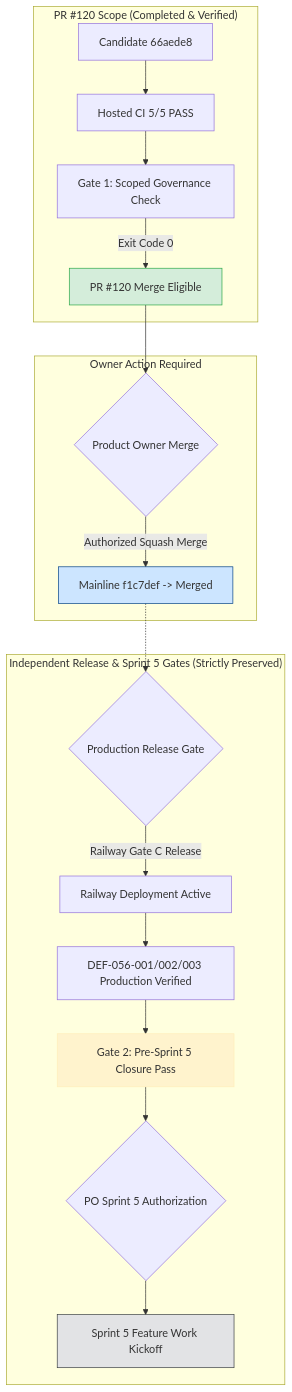
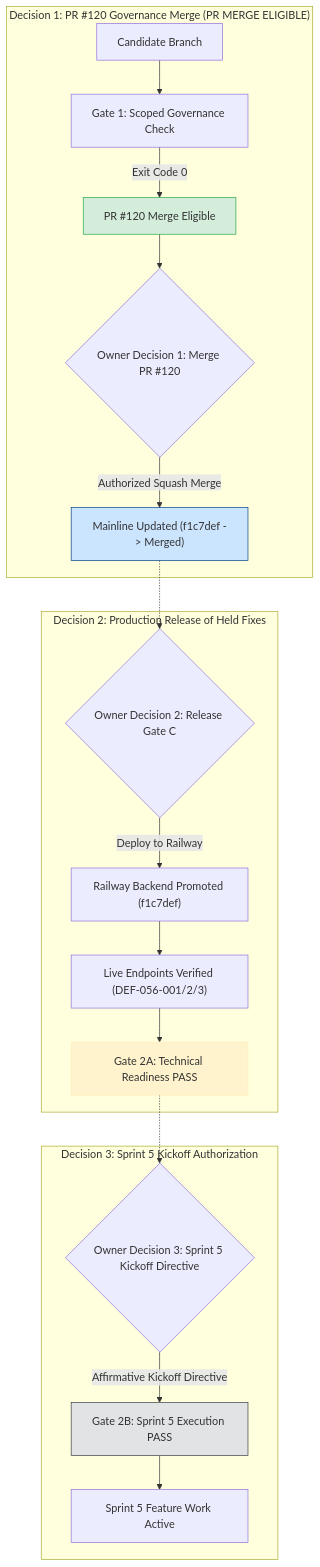
The diagram in docs/planning/ARX_060_OWNER_MERGE_DECISION_PACKAGE.md (daakara/finance), drawn with Mermaid before and after one commit. The commit also changed other lines of this file and 5 other files, not shown here.

Commit message:
feat(governance): transition state correction, decoupled multi-gate validation, and test expansion (#120)

````diff
--- a/docs/planning/ARX_060_OWNER_MERGE_DECISION_PACKAGE.md
+++ b/docs/planning/ARX_060_OWNER_MERGE_DECISION_PACKAGE.md
@@ -39,27 +36,27 @@
 ```mermaid
 flowchart TD
-    subgraph "PR #120 Scope (Completed & Verified)"
-        G1[Candidate 66aede8] --> CI[Hosted CI 5/5 PASS]
-        CI --> V1[Gate 1: Scoped Governance Check]
-        V1 -->|Exit Code 0| ELIGIBLE[PR #120 Merge Eligible]
+    subgraph "Decision 1: PR #120 Governance Merge (PR MERGE ELIGIBLE)"
+        CAND["Candidate Branch"] --> G1["Gate 1: Scoped Governance Check"]
+        G1 -->|Exit Code 0| ELIGIBLE["PR #120 Merge Eligible"]
+        ELIGIBLE --> D1{"Owner Decision 1: Merge PR #120"}
+        D1 -->|Authorized Squash Merge| MAIN["Mainline Updated (f1c7def -> Merged)"]
     end
 
-    subgraph "Owner Action Required"
-        ELIGIBLE --> OWNER_MERGE{Product Owner Merge}
-        OWNER_MERGE -->|Authorized Squash Merge| MAIN[Mainline f1c7def -> Merged]
+    subgraph "Decision 2: Production Release of Held Fixes"
+        MAIN -.-> D2{"Owner Decision 2: Release Gate C"}
+        D2 -->|Deploy to Railway| PROD_BACKEND["Railway Backend Promoted (f1c7def)"]
+        PROD_BACKEND --> LIVE_VERIFY["Live Endpoints Verified (DEF-056-001/2/3)"]
+        LIVE_VERIFY --> G2A["Gate 2A: Technical Readiness PASS"]
     end
 
-    subgraph "Independent Release & Sprint 5 Gates (Strictly Preserved)"
-        MAIN -.-> DEPLOY_GATE{Production Release Gate}
-        DEPLOY_GATE -->|Railway Gate C Release| PROD_BACKEND[Railway Deployment Active]
-        PROD_BACKEND --> DEF_RESOLVED[DEF-056-001/002/003 Production Verified]
-        DEF_RESOLVED --> GATE2[Gate 2: Pre-Sprint 5 Closure Pass]
-        GATE2 --> OWNER_KICKOFF{PO Sprint 5 Authorization}
-        OWNER_KICKOFF --> S5_ACTIVE[Sprint 5 Feature Work Kickoff]
+    subgraph "Decision 3: Sprint 5 Kickoff Authorization"
+        G2A -.-> D3{"Owner Decision 3: Sprint 5 Kickoff Directive"}
+        D3 -->|Affirmative Kickoff Directive| G2B["Gate 2B: Sprint 5 Execution PASS"]
+        G2B --> S5_ACTIVE["Sprint 5 Feature Work Active"]
     end
 
     style ELIGIBLE fill:#d4edda,stroke:#28a745
     style MAIN fill:#cce5ff,stroke:#004085
-    style GATE2 fill:#fff3cd,stroke:#ffeeba
-    style S5_ACTIVE fill:#e2e3e5,stroke:#383d41
+    style G2A fill:#fff3cd,stroke:#ffeeba
+    style G2B fill:#e2e3e5,stroke:#383d41
 ```
````
